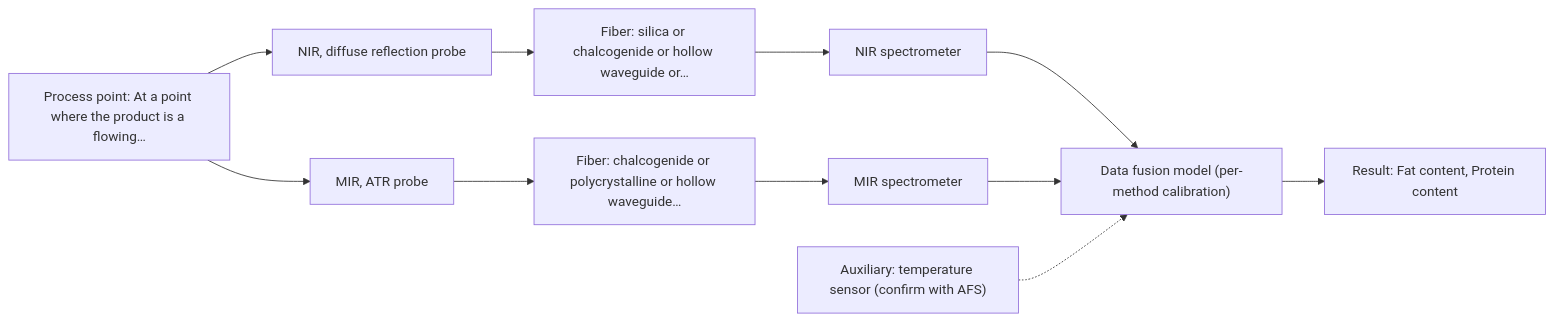
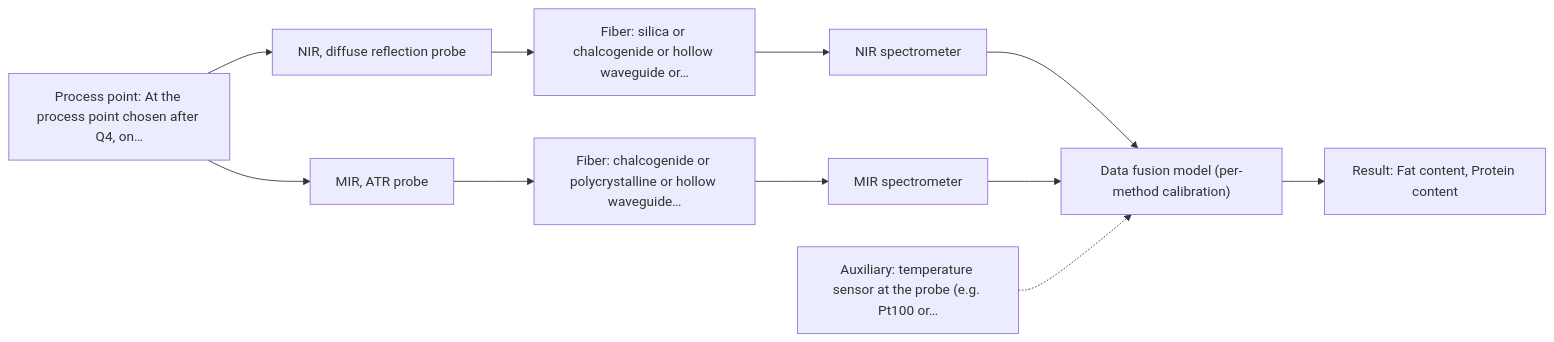
Before and after one commit to sleipnir029/Afs-Spectroscopy-Assistant: the diagram in outputs/dev/D02.md, drawn with Mermaid. The commit also changed other lines of this file and 15 other files, not shown here.

Commit message:
3.R2 dev run outputs: 8/8 complete, 0 hard failures, 227/227 citations, 14/14 charts

````diff
--- a/outputs/dev/D02.md
+++ b/outputs/dev/D02.md
@@ -36,23 +35,23 @@
 ```mermaid
 flowchart LR
-    proc["Process point: At a point where the product is a flowing…"]
+    proc["Process point: At the process point chosen after Q4, on…"]
     probe1["NIR, diffuse reflection probe"]
     fiber1["Fiber: silica or chalcogenide or hollow waveguide or…"]
     spec1["NIR spectrometer"]
     probe2["MIR, ATR probe"]
     fiber2["Fiber: chalcogenide or polycrystalline or hollow waveguide…"]
     spec2["MIR spectrometer"]
     model["Data fusion model (per-method calibration)"]
     result["Result: Fat content, Protein content"]
-    aux1["Auxiliary: temperature sensor (confirm with AFS)"]
+    aux1["Auxiliary: temperature sensor at the probe (e.g. Pt100 or…"]
     proc --> probe1
     probe1 --> fiber1
     fiber1 --> spec1
     spec1 --> model
     proc --> probe2
     probe2 --> fiber2
     fiber2 --> spec2
     spec2 --> model
     model --> result
     aux1 -.-> model
 ```
````
